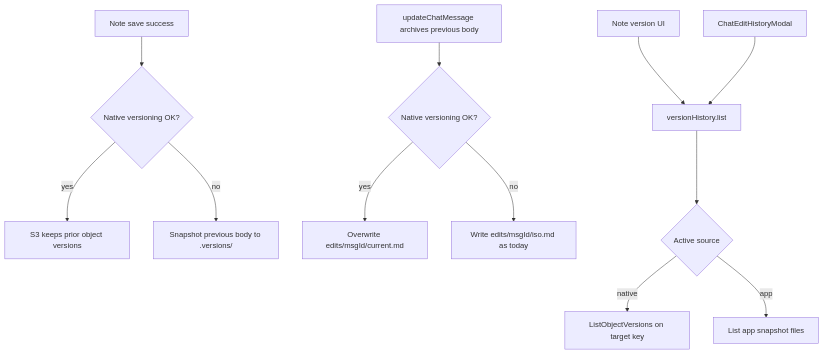
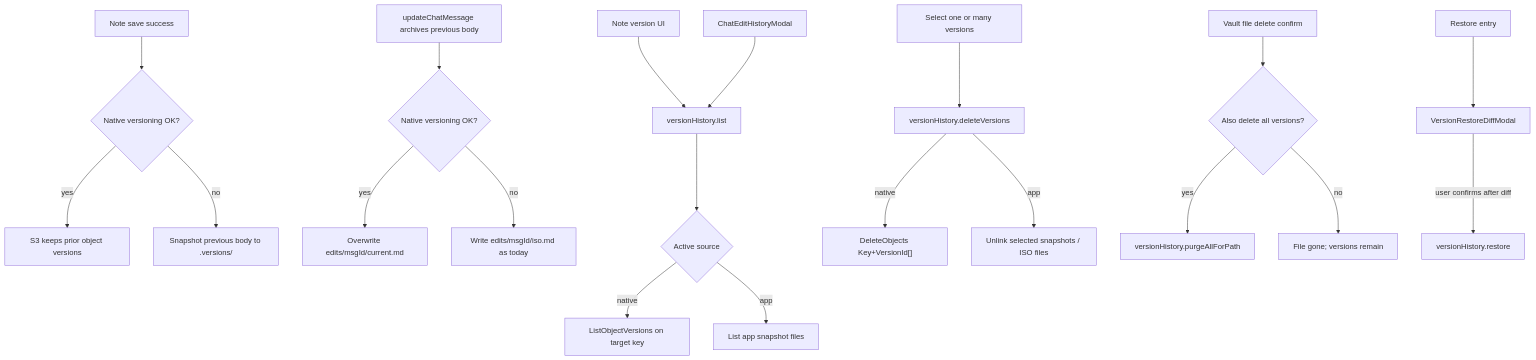
Before and after one commit to explainpark101/DocuHaim: the diagram in .cursor/plans/features/2.3.0/s3_versioning_feasibility_31032786.plan.md, drawn with Mermaid. The commit also changed other lines of this file and 10 other files, not shown here.

````diff
--- a/.cursor/plans/features/2.3.0/s3_versioning_feasibility_31032786.plan.md
+++ b/.cursor/plans/features/2.3.0/s3_versioning_feasibility_31032786.plan.md
@@ -39,14 +48,22 @@
 ```mermaid
 flowchart TD
   noteSave["Note save success"] --> probe{"Native versioning OK?"}
   probe -->|yes| noteNative["S3 keeps prior object versions"]
   probe -->|no| noteApp["Snapshot previous body to .versions/"]
   chatEdit["updateChatMessage archives previous body"] --> probe2{"Native versioning OK?"}
   probe2 -->|yes| chatNative["Overwrite edits/msgId/current.md"]
   probe2 -->|no| chatApp["Write edits/msgId/iso.md as today"]
   openNote["Note version UI"] --> listApi["versionHistory.list"]
   openChat["ChatEditHistoryModal"] --> listApi
   listApi --> src{"Active source"}
   src -->|native| lov["ListObjectVersions on target key"]
   src -->|app| files["List app snapshot files"]
+  delPick["Select one or many versions"] --> delApi["versionHistory.deleteVersions"]
+  delApi -->|native| delVer["DeleteObjects Key+VersionId[]"]
+  delApi -->|app| delFile["Unlink selected snapshots / ISO files"]
+  fileDel["Vault file delete confirm"] --> askPurge{"Also delete all versions?"}
+  askPurge -->|yes| purgeApi["versionHistory.purgeAllForPath"]
+  askPurge -->|no| keepHist["File gone; versions remain"]
+  restoreClick["Restore entry"] --> diffGate["VersionRestoreDiffModal"]
+  diffGate -->|"user confirms after diff"| restoreApi["versionHistory.restore"]
 ```
````
